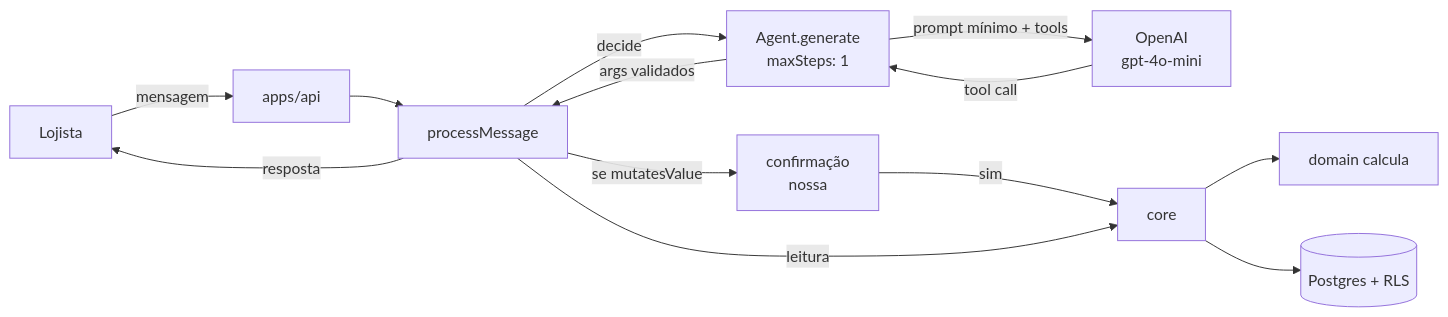
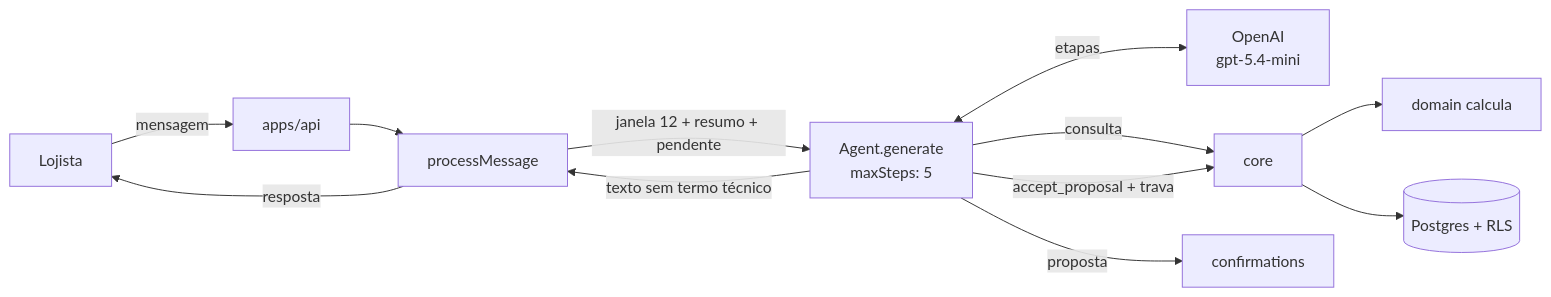
One commit to Ei-buddy/ei-buddy changed the diagram in docs/arquitetura/integracoes/mastra.md. Above: the diagram before and after it, drawn with Mermaid. The commit also changed other lines of this file and 112 other files, not shown here.

````diff
--- a/docs/arquitetura/integracoes/mastra.md
+++ b/docs/arquitetura/integracoes/mastra.md
@@ -31,15 +36,14 @@
 ```mermaid
 flowchart LR
   L["Lojista"] -->|"mensagem"| API["apps/api"]
   API --> PM["processMessage"]
-  PM -->|"decide"| AG["Agent.generate<br/>maxSteps: 1"]
-  AG -->|"prompt mínimo + tools"| OAI["OpenAI<br/>gpt-4o-mini"]
-  OAI -->|"tool call"| AG
-  AG -->|"args validados"| PM
-  PM -->|"se mutatesValue"| CONF["confirmação<br/>nossa"]
-  CONF -->|"sim"| C["core"]
-  PM -->|"leitura"| C
+  PM -->|"janela 12 + resumo + pendente"| AG["Agent.generate<br/>maxSteps: 5"]
+  AG <-->|"etapas"| OAI["OpenAI<br/>gpt-5.4-mini"]
+  AG -->|"consulta"| C["core"]
+  AG -->|"proposta"| CONF["confirmations"]
+  AG -->|"accept_proposal + trava"| C
   C --> D["domain calcula"]
   C --> DB[("Postgres + RLS")]
+  AG -->|"texto sem termo técnico"| PM
   PM -->|"resposta"| L
 ```
````
